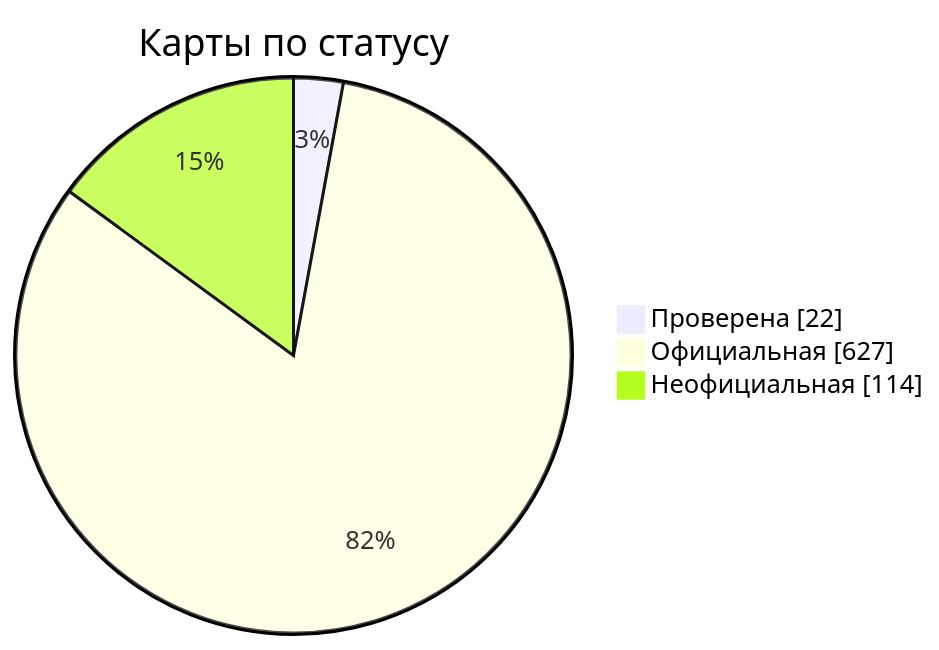
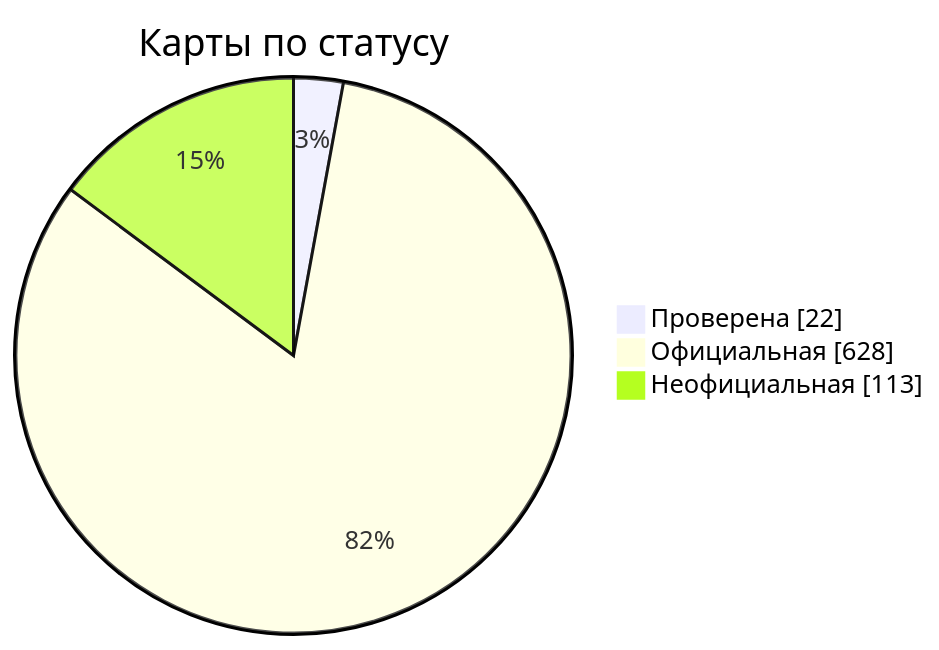
Before and after one commit to nobrega8/mbmap-library: the diagram in docs/readme/README_RU.md, drawn with Mermaid. The commit also changed 6 other files, not shown here.

````diff
--- a/docs/readme/README_RU.md
+++ b/docs/readme/README_RU.md
@@ -54,7 +54,7 @@
 ```mermaid
 pie showData
     title Карты по статусу
     "Проверена" : 22
-    "Официальная" : 627
-    "Неофициальная" : 114
+    "Официальная" : 628
+    "Неофициальная" : 113
 ```
````
